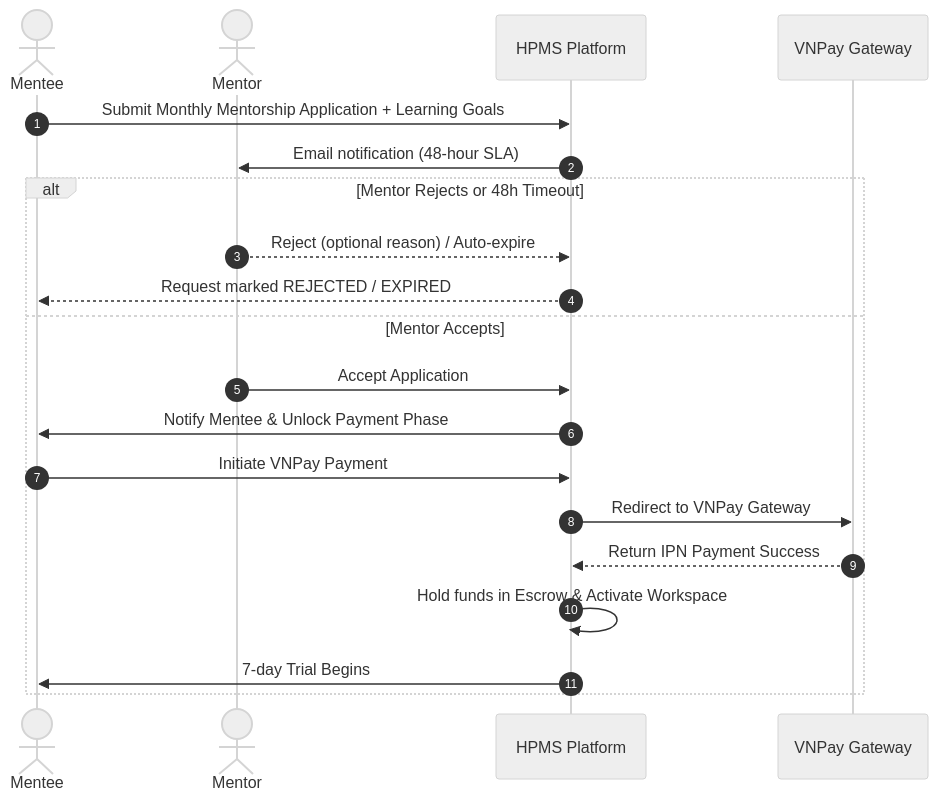
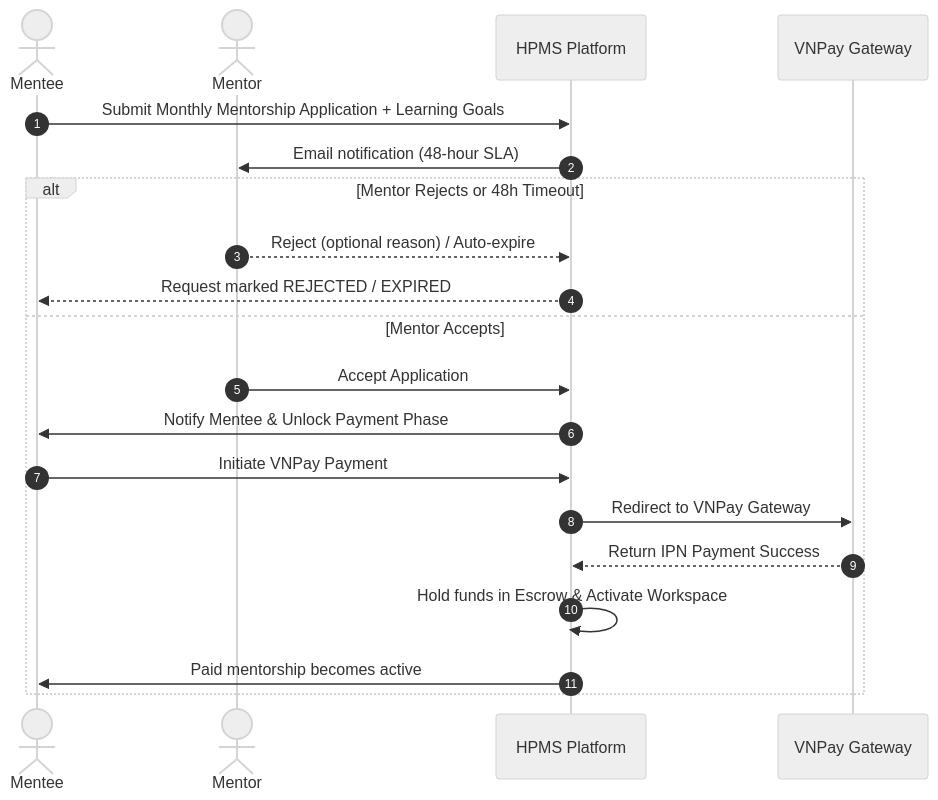
One commit to linhntn2911/Happy-Programming-Mentorship-System changed the diagram in specs/SPEC.md. Above: the diagram before and after it, drawn with Mermaid (neutral theme). The commit also changed other lines of this file and 106 other files, not shown here.

````diff
--- a/specs/SPEC.md
+++ b/specs/SPEC.md
@@ -39,23 +39,23 @@
 ```mermaid
 sequenceDiagram
     autonumber
     actor Mentee
     actor Mentor
     participant System as HPMS Platform
     participant VNPay as VNPay Gateway
 
     Mentee->>System: Submit Monthly Mentorship Application + Learning Goals
     System->>Mentor: Email notification (48-hour SLA)
     alt Mentor Rejects or 48h Timeout
         Mentor-->>System: Reject (optional reason) / Auto-expire
         System-->>Mentee: Request marked REJECTED / EXPIRED
     else Mentor Accepts
         Mentor->>System: Accept Application
         System->>Mentee: Notify Mentee & Unlock Payment Phase
         Mentee->>System: Initiate VNPay Payment
         System->>VNPay: Redirect to VNPay Gateway
         VNPay-->>System: Return IPN Payment Success
         System->>System: Hold funds in Escrow & Activate Workspace
-        System->>Mentee: 7-day Trial Begins
+        System->>Mentee: Paid mentorship becomes active
     end
 ```
````
